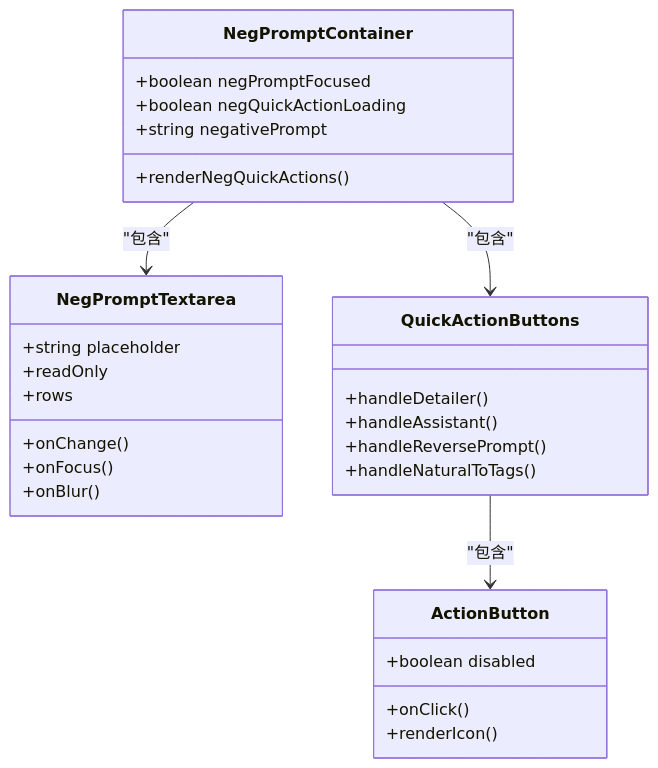
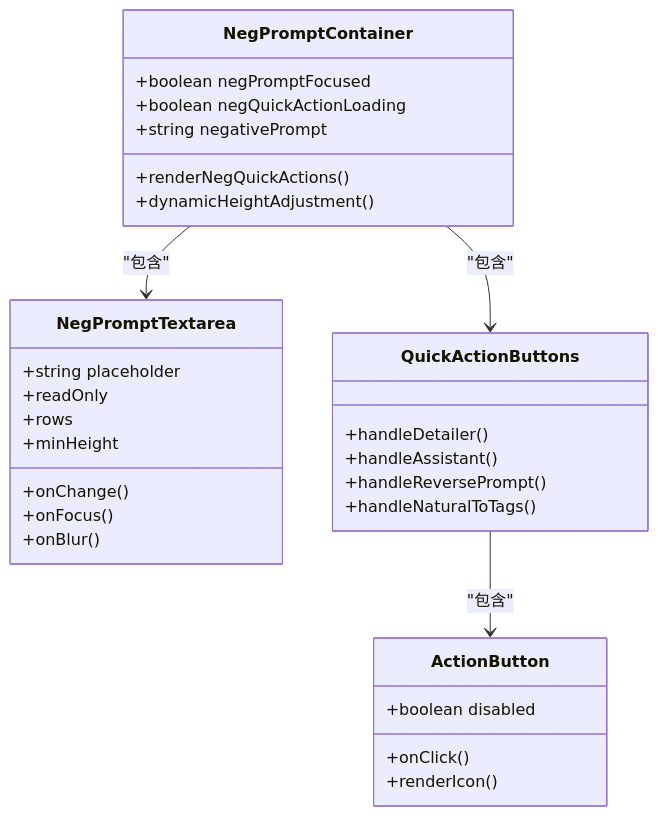
The seventh of 17 diagrams in .qoder/repowiki/zh/content/用户界面组件/控制面板组件/文本到图像侧边栏/负向提示词支持.md (billye220670/CorineKit_Pix2Real), drawn with Mermaid before and after one commit. The commit also changed other lines of this file and 73 other files, not shown here.

````diff
--- a/.qoder/repowiki/zh/content/用户界面组件/控制面板组件/文本到图像侧边栏/负向提示词支持.md
+++ b/.qoder/repowiki/zh/content/用户界面组件/控制面板组件/文本到图像侧边栏/负向提示词支持.md
@@ -232,31 +261,33 @@
 ```mermaid
 classDiagram
 class NegPromptContainer {
 +boolean negPromptFocused
 +boolean negQuickActionLoading
 +string negativePrompt
 +renderNegQuickActions()
++dynamicHeightAdjustment()
 }
 class NegPromptTextarea {
 +string placeholder
 +onChange()
 +onFocus()
 +onBlur()
 +readOnly
 +rows
++minHeight
 }
 class QuickActionButtons {
 +handleDetailer()
 +handleAssistant()
 +handleReversePrompt()
 +handleNaturalToTags()
 }
 class ActionButton {
 +boolean disabled
 +onClick()
 +renderIcon()
 }
 NegPromptContainer --> NegPromptTextarea : "包含"
 NegPromptContainer --> QuickActionButtons : "包含"
 QuickActionButtons --> ActionButton : "包含"
 ```
````
